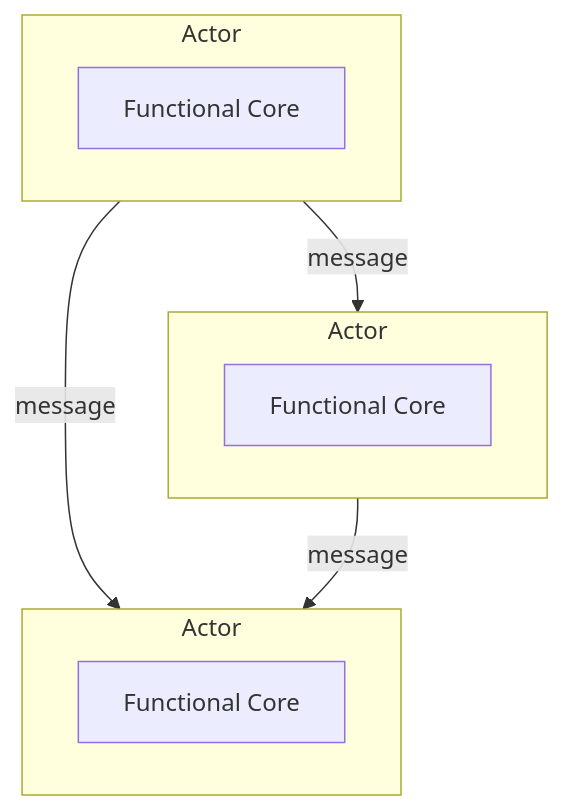
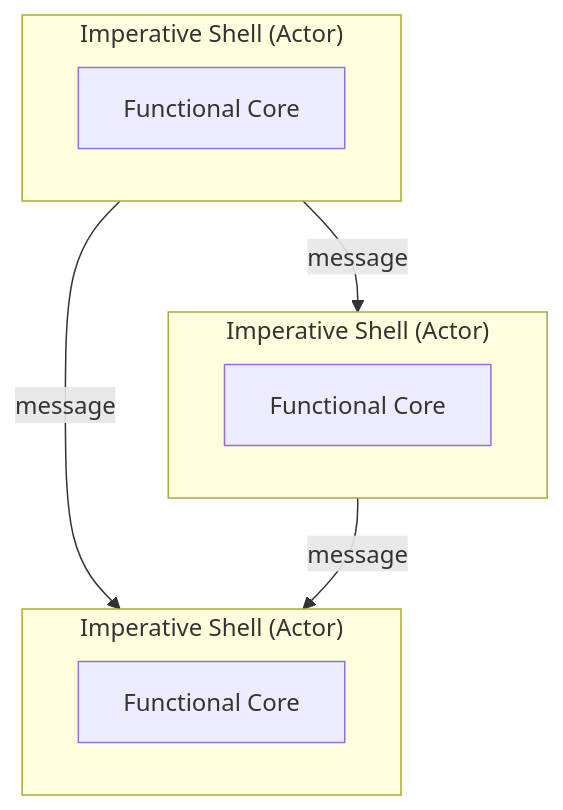
The first of 2 diagrams in posts/when-one-shell-isnt-enough-scaling-the-functional-core-imperative-shell-pattern-with-actors-in-cpp.md (mahush/funkyposts), drawn with Mermaid before and after one commit.

Commit message:
adjust diagram

````diff
--- a/posts/when-one-shell-isnt-enough-scaling-the-functional-core-imperative-shell-pattern-with-actors-in-cpp.md
+++ b/posts/when-one-shell-isnt-enough-scaling-the-functional-core-imperative-shell-pattern-with-actors-in-cpp.md
@@ -18,19 +18,19 @@
 ```mermaid
 flowchart TD
 
-subgraph ActorA["Actor"]
+subgraph ActorA["Imperative Shell (Actor)"]
     CoreA["Functional Core"]
 end
 
-subgraph ActorB["Actor"]
+subgraph ActorB["Imperative Shell (Actor)"]
     CoreB["Functional Core"]
 end
 
-subgraph ActorC["Actor"]
+subgraph ActorC["Imperative Shell (Actor)"]
     CoreC["Functional Core"]
 end
 
 ActorA -->|message| ActorB
 ActorA -->|message| ActorC
 ActorB -->|message| ActorC
 ```    
````
